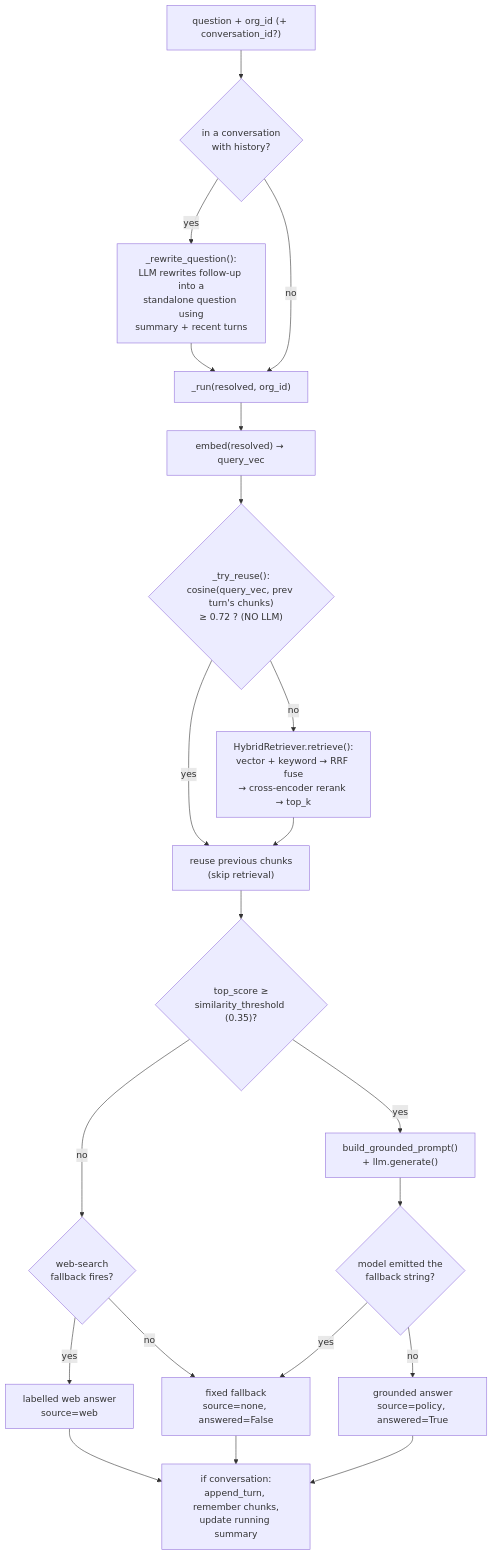
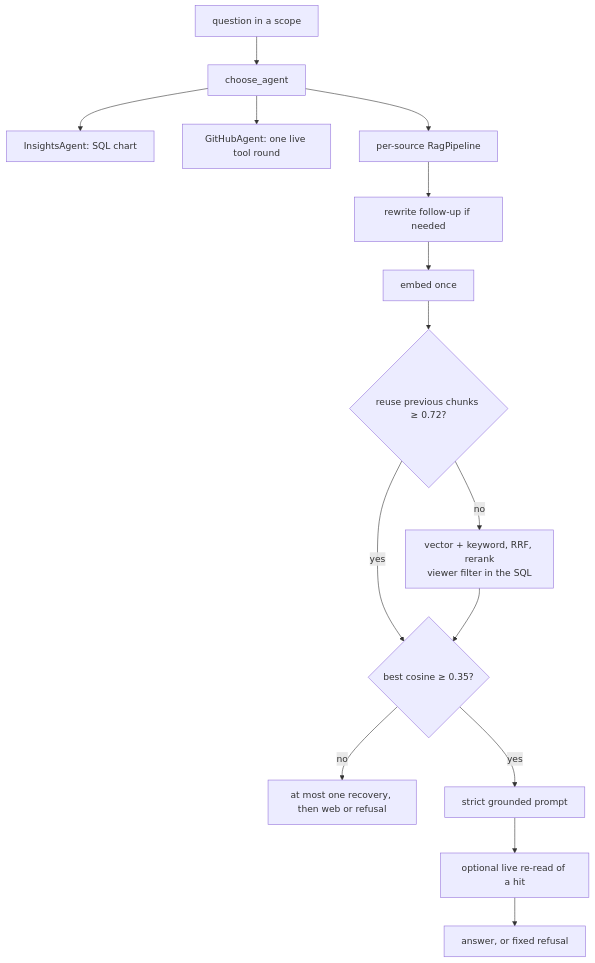
The second of 2 diagrams in ARCHITECTURE.md (blockgroot/RAG-Engine), drawn with Mermaid before and after one commit. The commit also changed other lines of this file and 16 other files, not shown here.

````diff
--- a/ARCHITECTURE.md
+++ b/ARCHITECTURE.md
@@ -141,23 +137,17 @@
 ```mermaid
 flowchart TD
-    Q["question + org_id (+ conversation_id?)"] --> RW{"in a conversation<br/>with history?"}
-    RW -- yes --> REWRITE["_rewrite_question():<br/>LLM rewrites follow-up into a<br/>standalone question using<br/>summary + recent turns"]
-    RW -- no --> RUN
-    REWRITE --> RUN["_run(resolved, org_id)"]
-    RUN --> EMB["embed(resolved) → query_vec"]
-    EMB --> REUSE{"_try_reuse():<br/>cosine(query_vec, prev turn's chunks)<br/>≥ 0.72 ? (NO LLM)"}
-    REUSE -- yes --> HITS["reuse previous chunks<br/>(skip retrieval)"]
-    REUSE -- no --> RETRIEVE["HybridRetriever.retrieve():<br/>vector + keyword → RRF fuse<br/>→ cross-encoder rerank → top_k"]
-    RETRIEVE --> HITS
-    HITS --> GATE{"top_score ≥<br/>similarity_threshold (0.35)?"}
-    GATE -- no --> WEB{"web-search<br/>fallback fires?"}
-    WEB -- yes --> WEBANS["labelled web answer<br/>source=web"]
-    WEB -- no --> FB["fixed fallback<br/>source=none, answered=False"]
-    GATE -- yes --> GEN["build_grounded_prompt()<br/>+ llm.generate()"]
-    GEN --> REFUSE{"model emitted the<br/>fallback string?"}
-    REFUSE -- yes --> FB
-    REFUSE -- no --> ANS["grounded answer<br/>source=policy, answered=True"]
-    ANS --> POST
-    WEBANS --> POST
-    FB --> POST["if conversation:<br/>append_turn, remember chunks,<br/>update running summary"]
+    Q["question in a scope"] --> ROUTE["choose_agent"]
+    ROUTE --> CHART["InsightsAgent: SQL chart"]
+    ROUTE --> GH["GitHubAgent: one live tool round"]
+    ROUTE --> RAG["per-source RagPipeline"]
+    RAG --> RW["rewrite follow-up if needed"]
+    RW --> EMB["embed once"]
+    EMB --> REUSE{"reuse previous chunks ≥ 0.72?"}
+    REUSE -- yes --> GATE
+    REUSE -- no --> RETRIEVE["vector + keyword, RRF, rerank\nviewer filter in the SQL"]
+    RETRIEVE --> GATE{"best cosine ≥ 0.35?"}
+    GATE -- no --> REC["at most one recovery, then web or refusal"]
+    GATE -- yes --> GEN["strict grounded prompt"]
+    GEN --> LIVE["optional live re-read of a hit"]
+    LIVE --> ANS["answer, or fixed refusal"]
 ```
````
